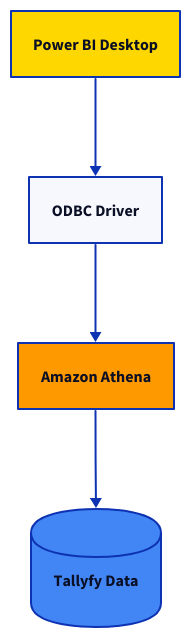
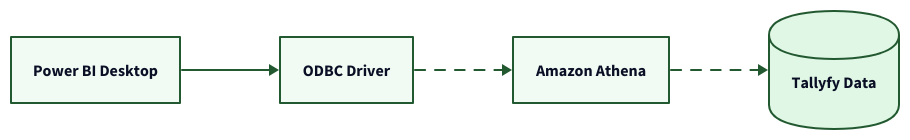
Before and after one commit to tallyfy/documentation: the diagram in src/content/docs/pro/integrations/analytics/powerbi/how-to-analyze-tallyfy-workflows-with-power-bi.mdx, drawn with D2. The commit also changed other lines of this file and 605 other files, not shown here.

````diff
--- a/src/content/docs/pro/integrations/analytics/powerbi/how-to-analyze-tallyfy-workflows-with-power-bi.mdx
+++ b/src/content/docs/pro/integrations/analytics/powerbi/how-to-analyze-tallyfy-workflows-with-power-bi.mdx
@@ -30,27 +31,49 @@
 ```d2
+direction: right
+
 # Connection Architecture
 
-Start: "Power BI Desktop" {
+Start: Power BI Desktop {
   shape: rectangle
-  style.fill: "#ffd700"
-}
-ODBC: "ODBC Driver" {
-  shape: rectangle
-}
-Athena: "Amazon Athena" {
-  shape: rectangle
-  style.fill: "#ff9900"
-}
-Data: "Tallyfy Data" {
-  shape: cylinder
-  style.fill: "#4285f4"
+  style.fill: "#f2faf4"
+  style.stroke: "#225930"
 }
 
-Start -> ODBC
-ODBC -> Athena
-Athena -> Data
+ODBC: ODBC Driver {
+  shape: rectangle
+  style.fill: "#f2faf4"
+  style.stroke: "#225930"
+}
+
+Athena: Amazon Athena {
+  shape: rectangle
+  style.fill: "#f2faf4"
+  style.stroke: "#225930"
+}
+
+Data: Tallyfy Data {
+  shape: cylinder
+  style.fill: "#e1f7e6"
+  style.stroke: "#225930"
+  style.stroke-width: 2
+}
+
+# Flow with animated arrows for data streaming
+Start -> ODBC {
+  style.stroke: "#225930"
+}
+
+ODBC -> Athena {
+  style.stroke: "#225930"
+  style.animated: true
+}
+
+Athena -> Data {
+  style.stroke: "#225930"
+  style.animated: true
+}
 
 # Note: Clickable links are indicated in the original
 # ODBC link: /products/pro/integrations/analytics/index/ "Analytics overview"
 # Athena link: https://aws.amazon.com/athena/ "Learn about Amazon Athena"
 ```
````
